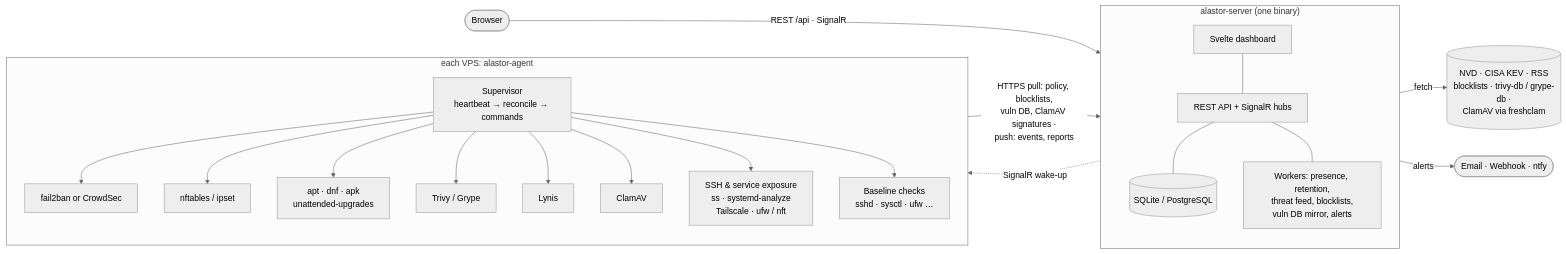
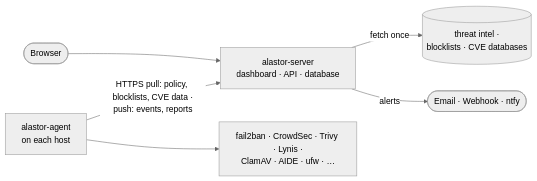
The diagram in README.md (nor0x/Alastor), drawn with Mermaid (neutral theme) before and after one commit. The commit also changed other lines of this file and 7 other files, not shown here.

````diff
--- a/README.md
+++ b/README.md
@@ -54,29 +41,8 @@
 ```mermaid
 flowchart LR
-    browser([Browser]) -- "REST /api · SignalR" --> server
-
-    subgraph server["alastor-server (one binary)"]
-        direction TB
-        spa[Svelte dashboard] --- api[REST API + SignalR hubs]
-        api --- db[(SQLite / PostgreSQL)]
-        api --- workers[Workers: presence, retention,<br/>threat feed, blocklists,<br/>vuln DB mirror, alerts]
-    end
-
-    subgraph host["each VPS: alastor-agent"]
-        direction TB
-        sup[Supervisor<br/>heartbeat → reconcile → commands]
-        sup --> f2b[fail2ban or CrowdSec]
-        sup --> nft[nftables / ipset]
-        sup --> pkg[apt · dnf · apk<br/>unattended-upgrades]
-        sup --> scan[Trivy / Grype]
-        sup --> lynis[Lynis]
-        sup --> clam[ClamAV]
-        sup --> net[SSH & service exposure<br/>ss · systemd-analyze<br/>Tailscale · ufw / nft]
-        sup --> base[Baseline checks<br/>sshd · sysctl · ufw …]
-    end
-
-    host -- "HTTPS pull: policy, blocklists,<br/>vuln DB, ClamAV signatures ·<br/>push: events, reports" --> server
-    server -. "SignalR wake-up" .-> host
-    workers -- fetch --> internet[(NVD · CISA KEV · RSS<br/>blocklists · trivy-db / grype-db ·<br/>ClamAV via freshclam)]
-    workers -- alerts --> channels([Email · Webhook · ntfy])
+    browser([Browser]) --> server[alastor-server<br/>dashboard · API · database]
+    agents[alastor-agent<br/>on each host] -- "HTTPS pull: policy, blocklists, CVE data ·<br/>push: events, reports" --> server
+    agents --> tools[fail2ban · CrowdSec · Trivy · Lynis ·<br/>ClamAV · AIDE · ufw · …]
+    server -- fetch once --> internet[(threat intel ·<br/>blocklists · CVE databases)]
+    server -- alerts --> channels([Email · Webhook · ntfy])
 ```
````
